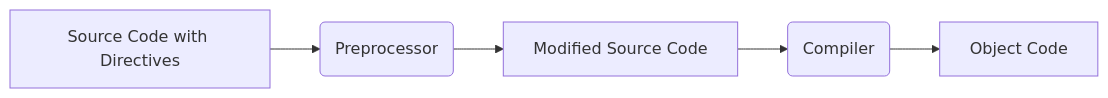
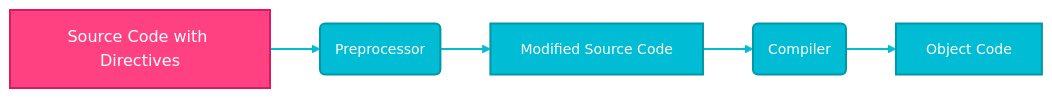
The first of 12 diagrams in _posts/2024-12-20-13.-c-preprocessor.md (infoyouth/infoyouth.github.io), drawn with Mermaid before and after one commit. The commit also changed other lines of this file, not shown here.

````diff
--- a/_posts/2024-12-20-13.-c-preprocessor.md
+++ b/_posts/2024-12-20-13.-c-preprocessor.md
@@ -61,7 +62,16 @@
 ```mermaid
 graph LR
-    A[Source Code with Directives] --> B(Preprocessor);
-    B --> C[Modified Source Code];
-    C --> D(Compiler);
-    D --> E[Object Code];
+    A[Source Code with Directives]:::start --> B(Preprocessor):::process
+    B --> C[Modified Source Code]:::process
+    C --> D(Compiler):::process
+    D --> E[Object Code]:::process
+
+    classDef start fill:#FF4081,stroke:#D81B60,stroke-width:2px,color:#FFFFFF,font-size:16px,corner-radius:10px;
+    classDef process fill:#00BCD4,stroke:#0097A7,stroke-width:2px,color:#FFFFFF,font-size:14px,corner-radius:10px;
+
+
+    linkStyle 0 stroke:#00BCD4,stroke-width:2px;
+    linkStyle 1 stroke:#00BCD4,stroke-width:2px;
+    linkStyle 2 stroke:#00BCD4,stroke-width:2px;
+    linkStyle 3 stroke:#00BCD4,stroke-width:2px;
 ```
````
